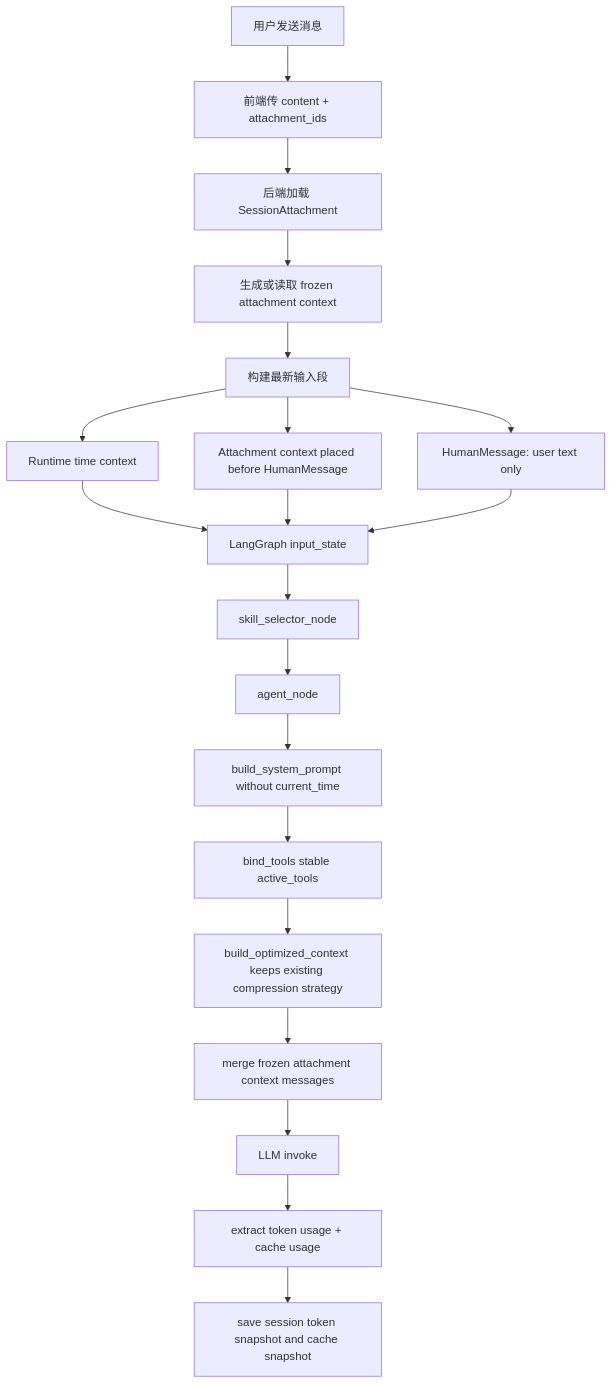
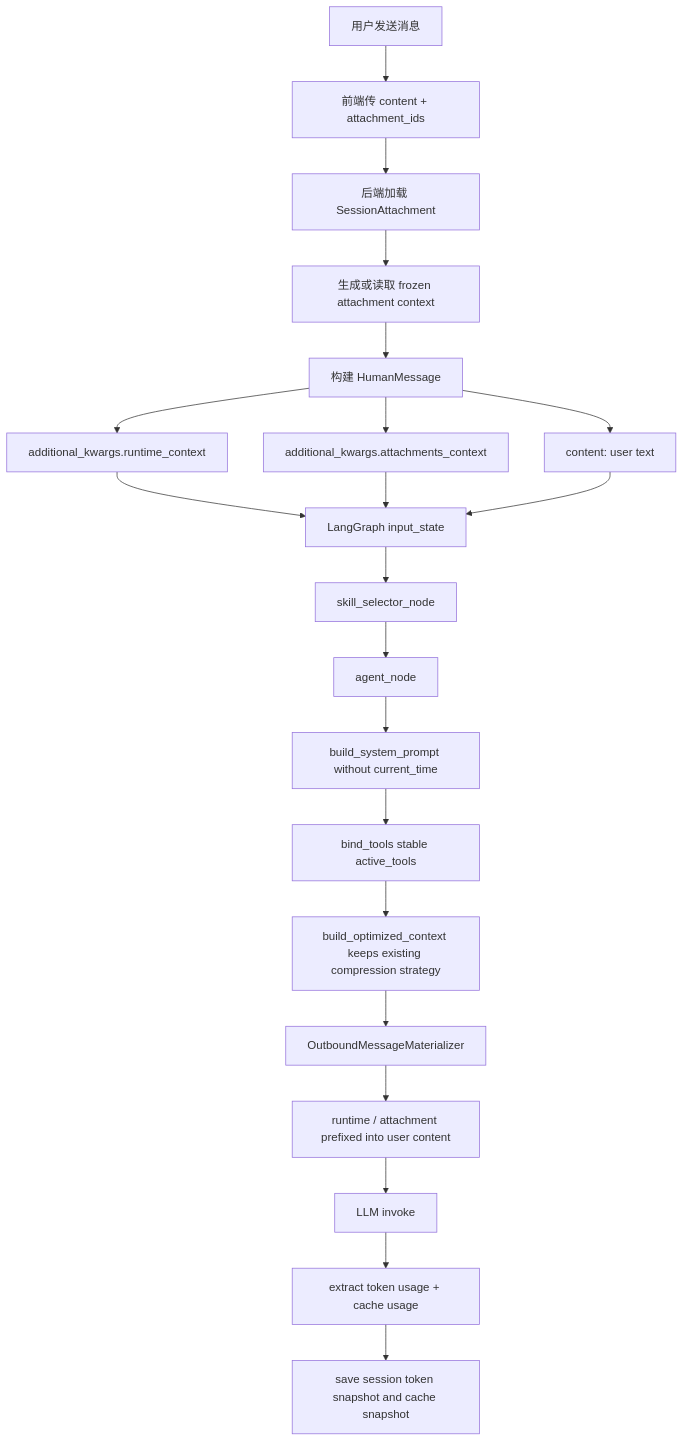
The second of 6 diagrams in docs/主Agent上下文构建-KVCache升级方案.md (MoMoJee/UniSchedulerSuper), drawn with Mermaid before and after one commit. The commit also changed other lines of this file and 21 other files, not shown here.

````diff
--- a/docs/主Agent上下文构建-KVCache升级方案.md
+++ b/docs/主Agent上下文构建-KVCache升级方案.md
@@ -198,22 +200,23 @@
 ```mermaid
 flowchart TD
     A["用户发送消息"] --> B["前端传 content + attachment_ids"]
     B --> C["后端加载 SessionAttachment"]
     C --> D["生成或读取 frozen attachment context"]
-    D --> E["构建最新输入段"]
-    E --> E1["Runtime time context"]
-    E --> E2["Attachment context placed before HumanMessage"]
-    E --> E3["HumanMessage: user text only"]
+    D --> E["构建 HumanMessage"]
+    E --> E1["additional_kwargs.runtime_context"]
+    E --> E2["additional_kwargs.attachments_context"]
+    E --> E3["content: user text"]
     E1 --> F["LangGraph input_state"]
     E2 --> F
     E3 --> F
     F --> G["skill_selector_node"]
     G --> H["agent_node"]
     H --> I["build_system_prompt without current_time"]
     I --> J["bind_tools stable active_tools"]
     J --> K["build_optimized_context keeps existing compression strategy"]
-    K --> L["merge frozen attachment context messages"]
-    L --> M["LLM invoke"]
+    K --> L["OutboundMessageMaterializer"]
+    L --> L1["runtime / attachment prefixed into user content"]
+    L1 --> M["LLM invoke"]
     M --> N["extract token usage + cache usage"]
     N --> O["save session token snapshot and cache snapshot"]
 ```
````
